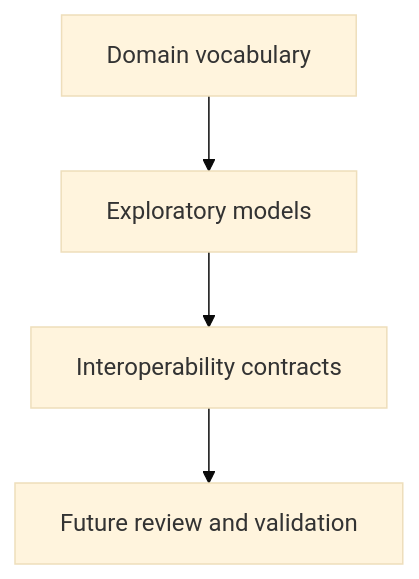
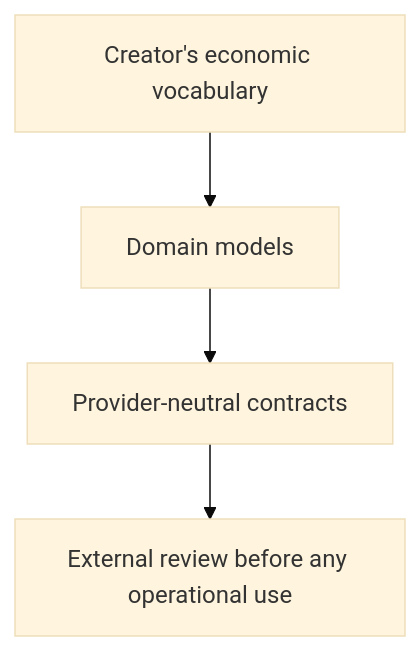
The diagram in README.md (TrentBest/TheSingularityWorkshop.Economy), drawn with Mermaid (base theme) before and after one commit. The commit also changed other lines of this file, not shown here.

````diff
--- a/README.md
+++ b/README.md
@@ -10,6 +5,6 @@
 ```mermaid
 flowchart TD
-  V[Domain vocabulary] --> M[Exploratory models]
-  M --> I[Interoperability contracts]
-  I --> R[Future review and validation]
+  V["Creator's economic vocabulary"] --> M["Domain models"]
+  M --> I["Provider-neutral contracts"]
+  I --> R["External review before any operational use"]
 ```
````
